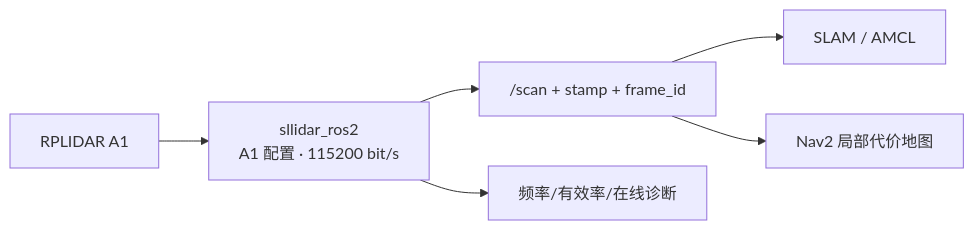
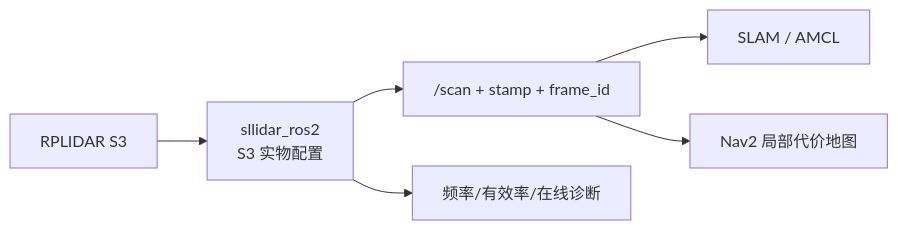
Diagram 14 of 32 in 家庭服务机器人技术方案.md (JosephQ47/Home_robot), drawn with Mermaid before and after one commit. The commit also changed other lines of this file, not shown here.

````diff
--- a/家庭服务机器人技术方案.md
+++ b/家庭服务机器人技术方案.md
@@ -812,8 +981,8 @@
 ```mermaid
 flowchart LR
-  LIDAR["RPLIDAR A1"] --> DRV["sllidar_ros2<br/>A1 配置 · 115200 bit/s"]
+  LIDAR["RPLIDAR S3"] --> DRV["sllidar_ros2<br/>S3 实物配置"]
   DRV --> SCAN["/scan + stamp + frame_id"]
   SCAN --> LOC["SLAM / AMCL"]
   SCAN --> COST["Nav2 局部代价地图"]
   DRV --> DIAG["频率/有效率/在线诊断"]
 ```
````
